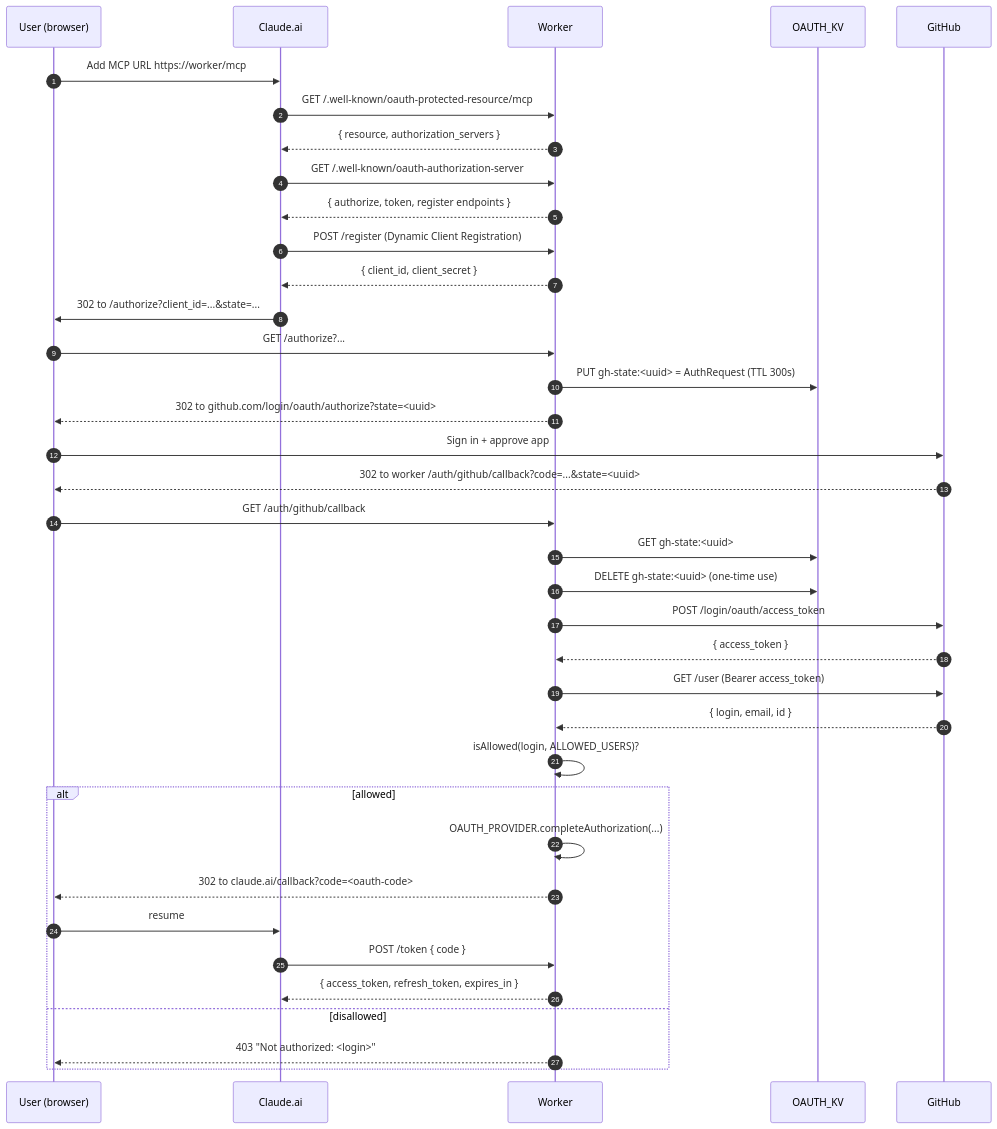
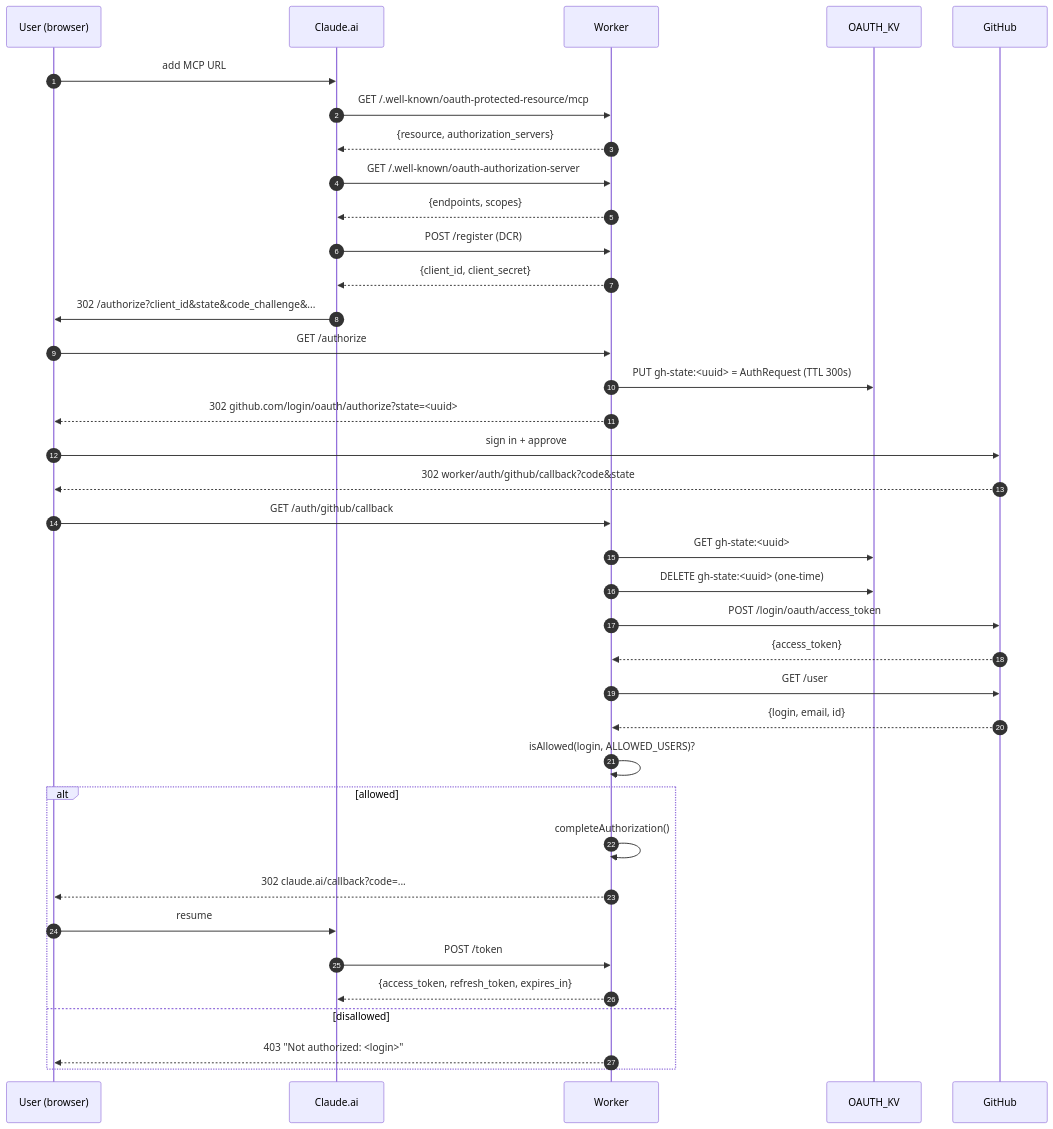
The third of 4 diagrams in docs/architecture.md (jchu96/bluedot-rag), drawn with Mermaid before and after one commit. The commit also changed other lines of this file and 2 other files, not shown here.

First line of the commit message:
docs: rewrite README and docs/architecture.md for clarity

````diff
--- a/docs/architecture.md
+++ b/docs/architecture.md
@@ -57,40 +168,40 @@
 ```mermaid
 sequenceDiagram
     autonumber
     participant U as User (browser)
     participant C as Claude.ai
     participant W as Worker
     participant K as OAUTH_KV
     participant G as GitHub
 
-    U->>C: Add MCP URL https://worker/mcp
+    U->>C: add MCP URL
     C->>W: GET /.well-known/oauth-protected-resource/mcp
-    W-->>C: { resource, authorization_servers }
+    W-->>C: {resource, authorization_servers}
     C->>W: GET /.well-known/oauth-authorization-server
-    W-->>C: { authorize, token, register endpoints }
-    C->>W: POST /register (Dynamic Client Registration)
-    W-->>C: { client_id, client_secret }
-    C->>U: 302 to /authorize?client_id=...&state=...
-    U->>W: GET /authorize?...
+    W-->>C: {endpoints, scopes}
+    C->>W: POST /register (DCR)
+    W-->>C: {client_id, client_secret}
+    C->>U: 302 /authorize?client_id&state&code_challenge&...
+    U->>W: GET /authorize
     W->>K: PUT gh-state:<uuid> = AuthRequest (TTL 300s)
-    W-->>U: 302 to github.com/login/oauth/authorize?state=<uuid>
-    U->>G: Sign in + approve app
-    G-->>U: 302 to worker /auth/github/callback?code=...&state=<uuid>
+    W-->>U: 302 github.com/login/oauth/authorize?state=<uuid>
+    U->>G: sign in + approve
+    G-->>U: 302 worker/auth/github/callback?code&state
     U->>W: GET /auth/github/callback
     W->>K: GET gh-state:<uuid>
-    W->>K: DELETE gh-state:<uuid> (one-time use)
+    W->>K: DELETE gh-state:<uuid> (one-time)
     W->>G: POST /login/oauth/access_token
-    G-->>W: { access_token }
-    W->>G: GET /user (Bearer access_token)
-    G-->>W: { login, email, id }
+    G-->>W: {access_token}
+    W->>G: GET /user
+    G-->>W: {login, email, id}
     W->>W: isAllowed(login, ALLOWED_USERS)?
     alt allowed
-        W->>W: OAUTH_PROVIDER.completeAuthorization(...)
-        W-->>U: 302 to claude.ai/callback?code=<oauth-code>
+        W->>W: completeAuthorization()
+        W-->>U: 302 claude.ai/callback?code=...
         U->>C: resume
-        C->>W: POST /token { code }
-        W-->>C: { access_token, refresh_token, expires_in }
+        C->>W: POST /token
+        W-->>C: {access_token, refresh_token, expires_in}
     else disallowed
         W-->>U: 403 "Not authorized: <login>"
     end
 ```
````
